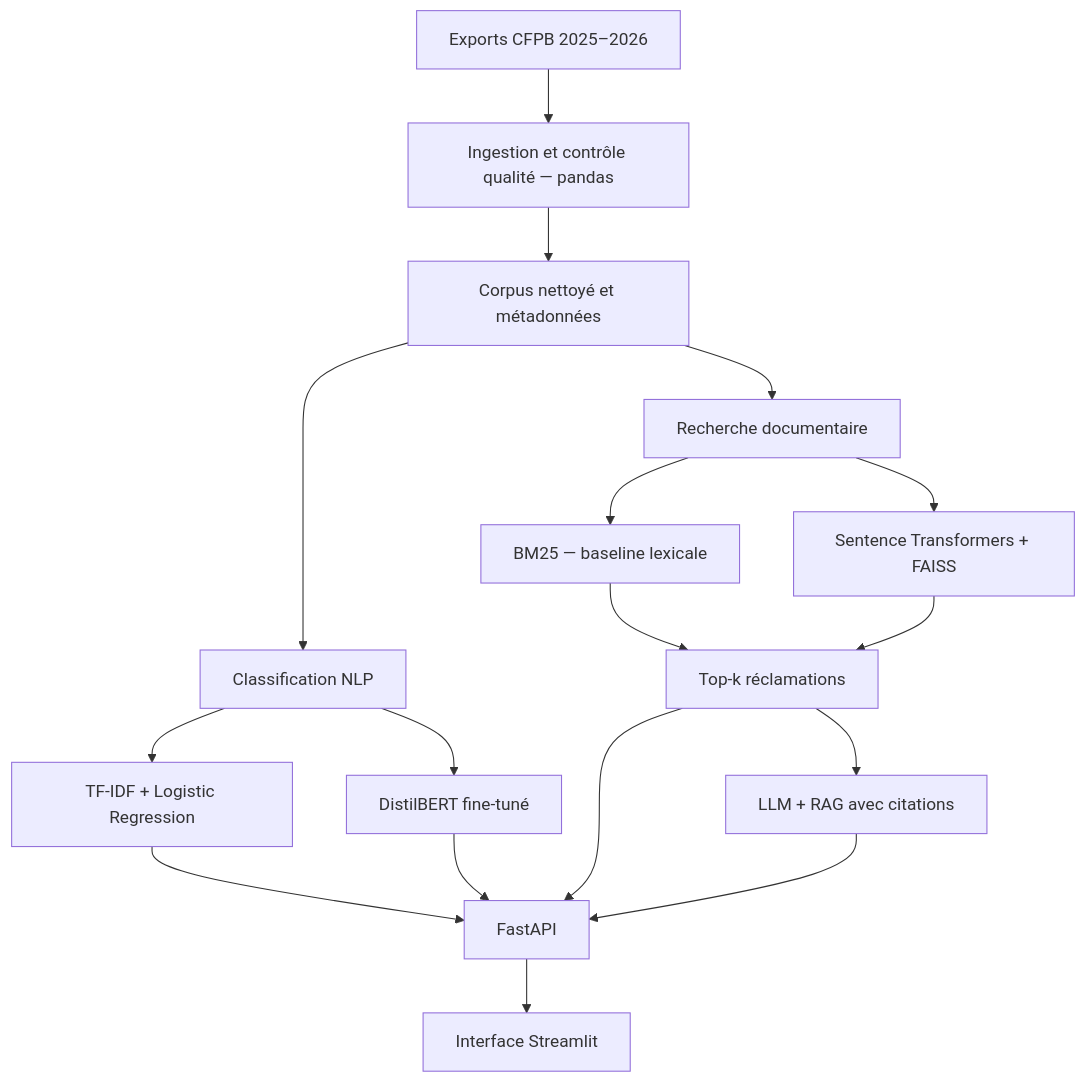
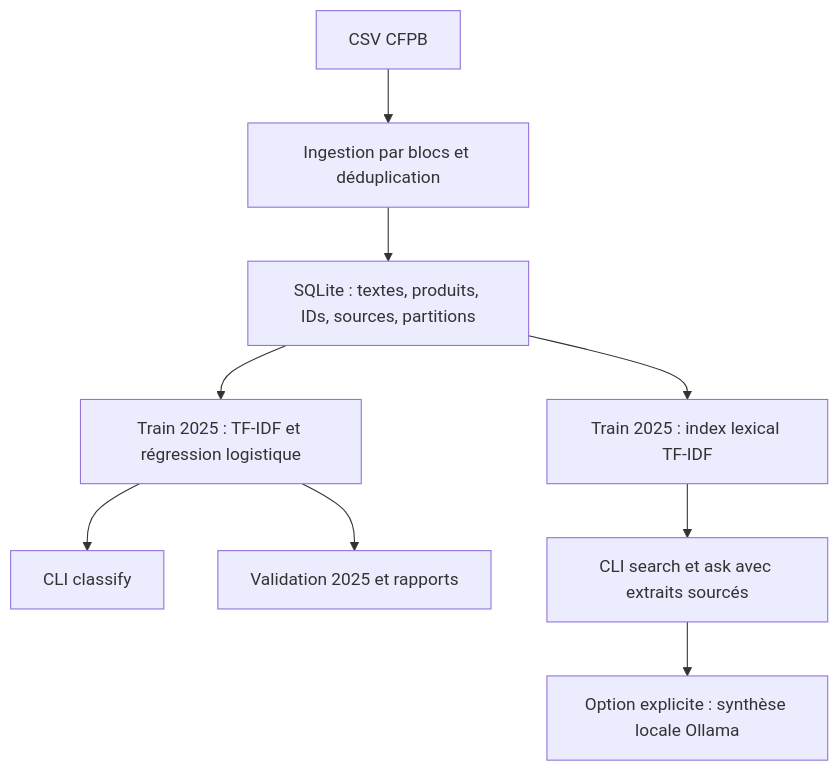
The diagram in README.md (Bahaeddinesaim/FINCOMPLAINT-AI), drawn with Mermaid before and after one commit. The commit also changed other lines of this file and 32 other files, not shown here.

````diff
--- a/README.md
+++ b/README.md
@@ -50,19 +43,11 @@
 ```mermaid
 flowchart TD
-    A[Exports CFPB 2025–2026] --> B[Ingestion et contrôle qualité — pandas]
-    B --> C[Corpus nettoyé et métadonnées]
-    C --> D[Classification NLP]
-    C --> E[Recherche documentaire]
-    D --> F[TF-IDF + Logistic Regression]
-    D --> G[DistilBERT fine-tuné]
-    E --> H[BM25 — baseline lexicale]
-    E --> I[Sentence Transformers + FAISS]
-    H --> J[Top-k réclamations]
-    I --> J
-    J --> K[LLM + RAG avec citations]
-    F --> L[FastAPI]
-    G --> L
-    J --> L
-    K --> L
-    L --> M[Interface Streamlit]
+    A[CSV CFPB] --> B[Ingestion par blocs et déduplication]
+    B --> C[SQLite : textes, produits, IDs, sources, partitions]
+    C --> D[Train 2025 : TF-IDF et régression logistique]
+    C --> E[Train 2025 : index lexical TF-IDF]
+    D --> F[CLI classify]
+    D --> G[Validation 2025 et rapports]
+    E --> H[CLI search et ask avec extraits sourcés]
+    H --> I[Option explicite : synthèse locale Ollama]
 ```
````
